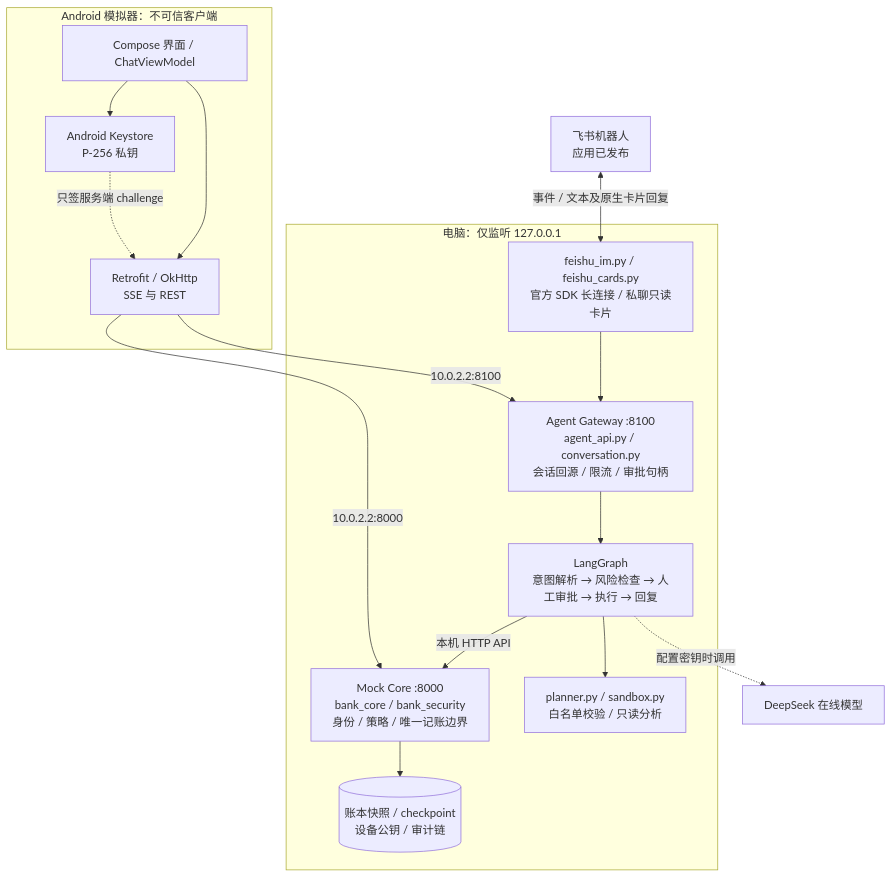
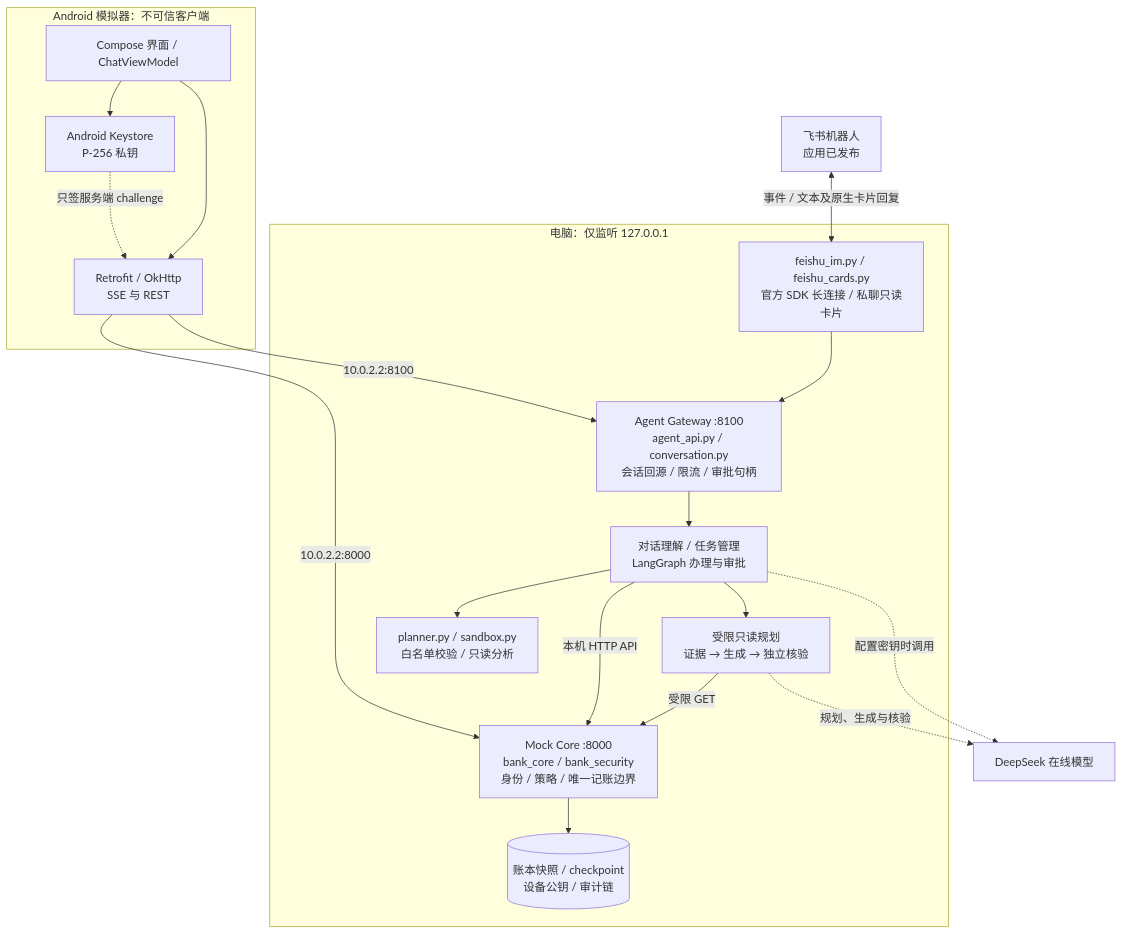
One commit to Zagadka-3906/ai-banking-agent changed the first of 2 diagrams in docs/技术文档.md. Above: the diagram before and after it, drawn with Mermaid. The commit also changed other lines of this file and 22 other files, not shown here.

````diff
--- a/docs/技术文档.md
+++ b/docs/技术文档.md
@@ -9,26 +11,30 @@
 ```mermaid
 flowchart TB
     subgraph Emulator[Android 模拟器：不可信客户端]
       UI[Compose 界面 / ChatViewModel]
       KEY[Android Keystore<br/>P-256 私钥]
       NET[Retrofit / OkHttp<br/>SSE 与 REST]
       UI --> NET
       UI --> KEY
     end
     subgraph Host[电脑：仅监听 127.0.0.1]
       GW[Agent Gateway :8100<br/>agent_api.py / conversation.py<br/>会话回源 / 限流 / 审批句柄]
       IM[feishu_im.py / feishu_cards.py<br/>官方 SDK 长连接 / 私聊只读卡片]
-      GRAPH[LangGraph<br/>意图解析 → 风险检查 → 人工审批 → 执行 → 回复]
+      GRAPH[对话理解 / 任务管理<br/>LangGraph 办理与审批]
+      CONSULT[受限只读规划<br/>证据 → 生成 → 独立核验]
       CORE[Mock Core :8000<br/>bank_core / bank_security<br/>身份 / 策略 / 唯一记账边界]
       PLAN[planner.py / sandbox.py<br/>白名单校验 / 只读分析]
       STORE[(账本快照 / checkpoint<br/>设备公钥 / 审计链)]
       GW --> GRAPH --> PLAN
+      GRAPH --> CONSULT
+      CONSULT -->|受限 GET| CORE
       IM --> GW
       GRAPH -->|本机 HTTP API| CORE --> STORE
     end
     NET -->|10.0.2.2:8100| GW
     NET -->|10.0.2.2:8000| CORE
     KEY -.只签服务端 challenge.-> NET
     GRAPH -.配置密钥时调用.-> LLM[DeepSeek 在线模型]
+    CONSULT -.规划、生成与核验.-> LLM
     FEISHU[飞书机器人<br/>应用已发布] <-->|事件 / 文本及原生卡片回复| IM
 ```
````
